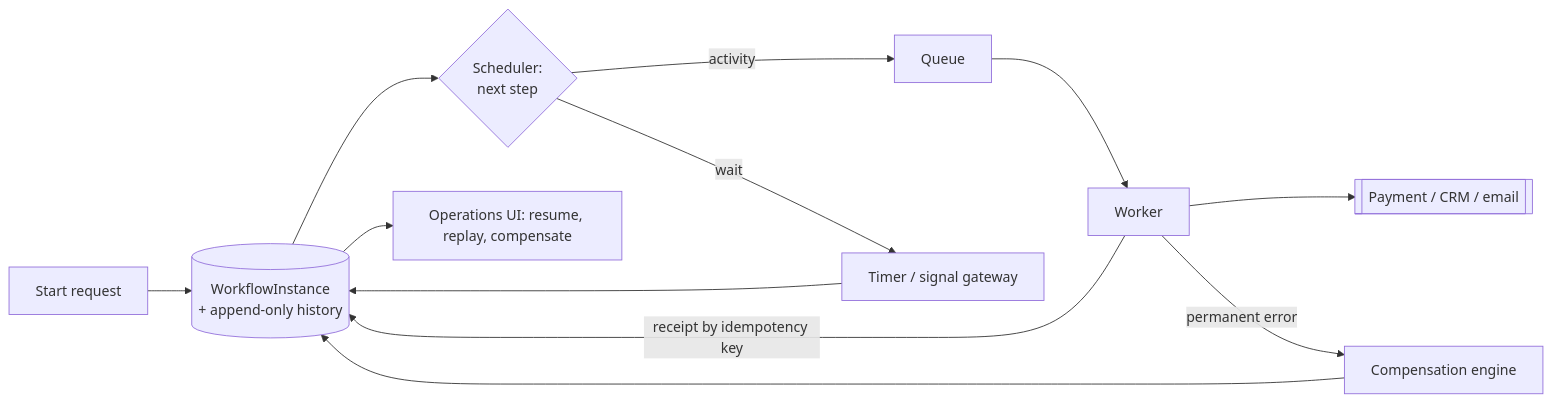
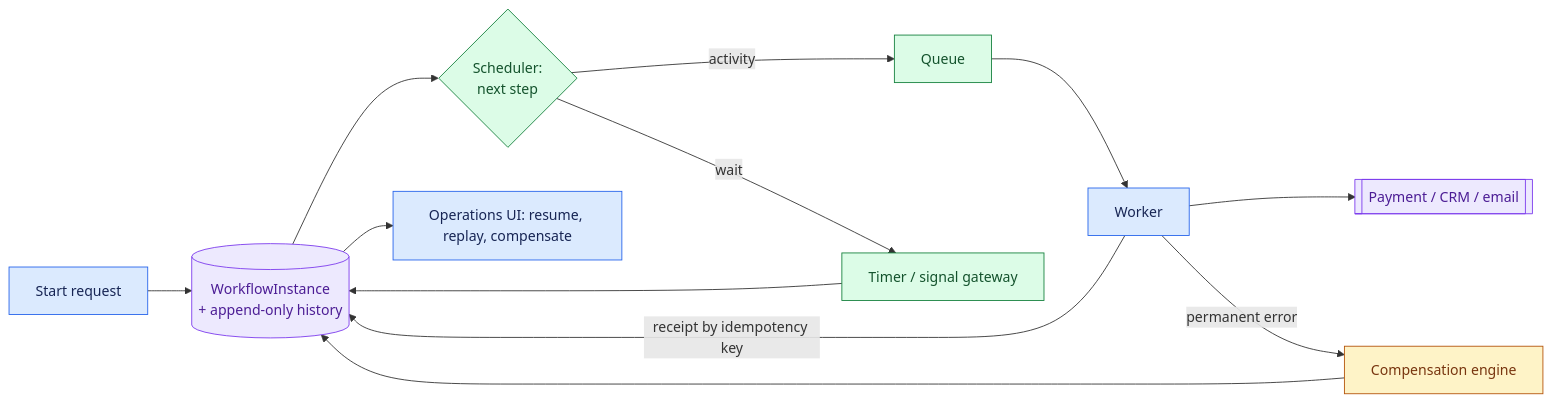
The diagram in site/content/modules/01-customer-discovery-and-decomposition/system-design/answer-keys/reliable-workflow-orchestration-system.md (Sourav692/Forward-Deployed-Engineer-Interview-Prep), drawn with Mermaid before and after one commit. The commit also changed 1268 other files, not shown here.

First line of the commit message:
content: polish Casebook writing and Mermaid diagrams (#251)

````diff
--- a/site/content/modules/01-customer-discovery-and-decomposition/system-design/answer-keys/reliable-workflow-orchestration-system.md
+++ b/site/content/modules/01-customer-discovery-and-decomposition/system-design/answer-keys/reliable-workflow-orchestration-system.md
@@ -41,10 +41,20 @@
 ```mermaid
 flowchart LR
   START[Start request] --> INST[(WorkflowInstance<br/>+ append-only history)]
   INST --> SCH{Scheduler:<br/>next step}
   SCH -->|activity| Q[Queue] --> W[Worker] --> EXT[[Payment / CRM / email]]
   W -->|receipt by idempotency key| INST
   SCH -->|wait| T[Timer / signal gateway] --> INST
   W -->|permanent error| COMP[Compensation engine] --> INST
   INST --> OPS[Operations UI: resume, replay, compensate]
+
+    %% Casebook colours: entry, reasoning, results, controls, and stopped paths.
+    classDef cbInput fill:#dbeafe,stroke:#2563eb,color:#172554
+    class START,W,OPS cbInput
+    classDef cbReason fill:#ede9fe,stroke:#7c3aed,color:#4c1d95
+    class INST,EXT cbReason
+    classDef cbAction fill:#dcfce7,stroke:#15803d,color:#14532d
+    class SCH,Q,T cbAction
+    classDef cbPolicy fill:#fef3c7,stroke:#b45309,color:#78350f
+    class COMP cbPolicy
 ```
````
